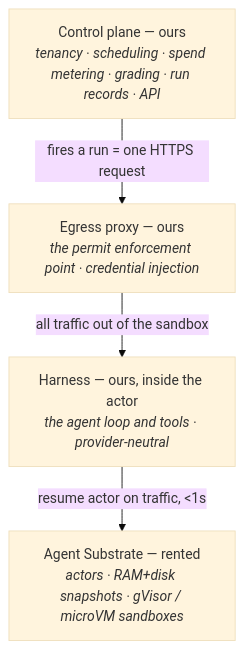
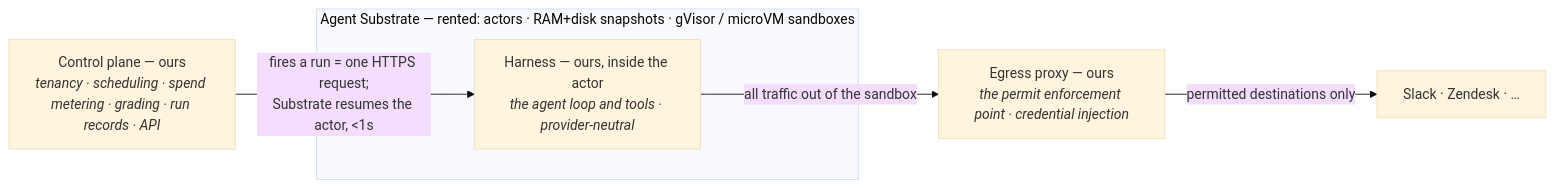
The first of 2 diagrams in docs/briefs/2026-08-30-substrate-leadership-brief.md (gambtho/nightwatch), drawn with Mermaid (base theme) before and after one commit. The commit also changed other lines of this file, not shown here.

Commit message:
docs(briefs): address review — idle-cost claim, state-reset caveat, correct dispatch/egress paths in stack diagram

````diff
--- a/docs/briefs/2026-08-30-substrate-leadership-brief.md
+++ b/docs/briefs/2026-08-30-substrate-leadership-brief.md
@@ -18,10 +19,11 @@
 ```mermaid
-flowchart TD
+flowchart LR
     CP["Control plane — ours<br/><i>tenancy · scheduling · spend metering · grading · run records · API</i>"]
+    subgraph S["Agent Substrate — rented: actors · RAM+disk snapshots · gVisor / microVM sandboxes"]
+        H["Harness — ours, inside the actor<br/><i>the agent loop and tools · provider-neutral</i>"]
+    end
     EP["Egress proxy — ours<br/><i>the permit enforcement point · credential injection</i>"]
-    H["Harness — ours, inside the actor<br/><i>the agent loop and tools · provider-neutral</i>"]
-    S["Agent Substrate — rented<br/><i>actors · RAM+disk snapshots · gVisor / microVM sandboxes</i>"]
-    CP -- "fires a run = one HTTPS request" --> EP
-    EP -- "all traffic out of the sandbox" --> H
-    H -- "resume actor on traffic, &lt;1s" --> S
+    CP -- "fires a run = one HTTPS request;<br/>Substrate resumes the actor, &lt;1s" --> H
+    H -- "all traffic out of the sandbox" --> EP
+    EP -- "permitted destinations only" --> NET["Slack · Zendesk · …"]
 ```
````
